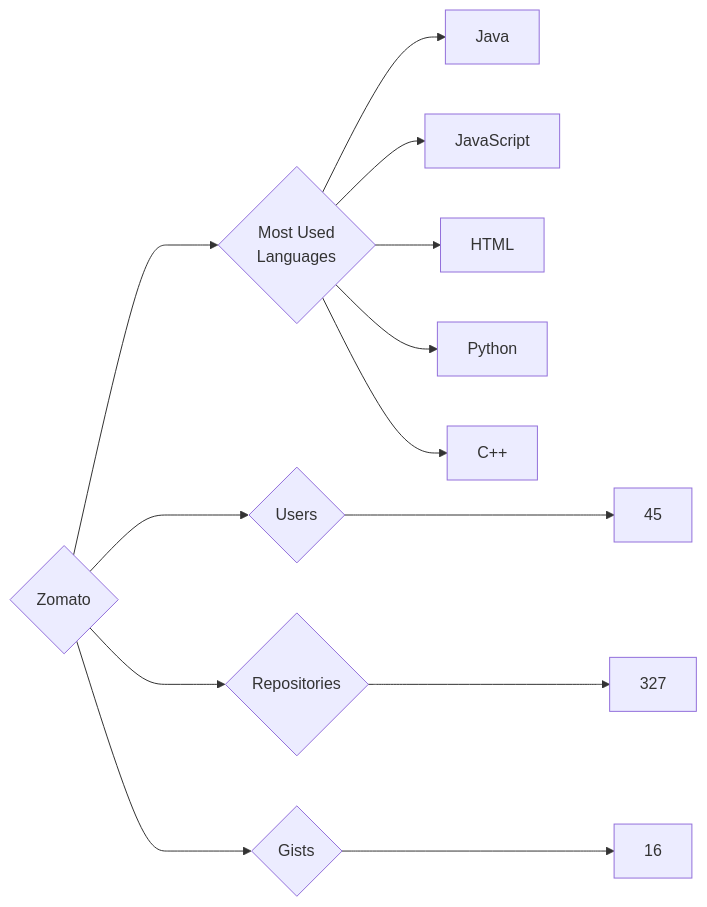
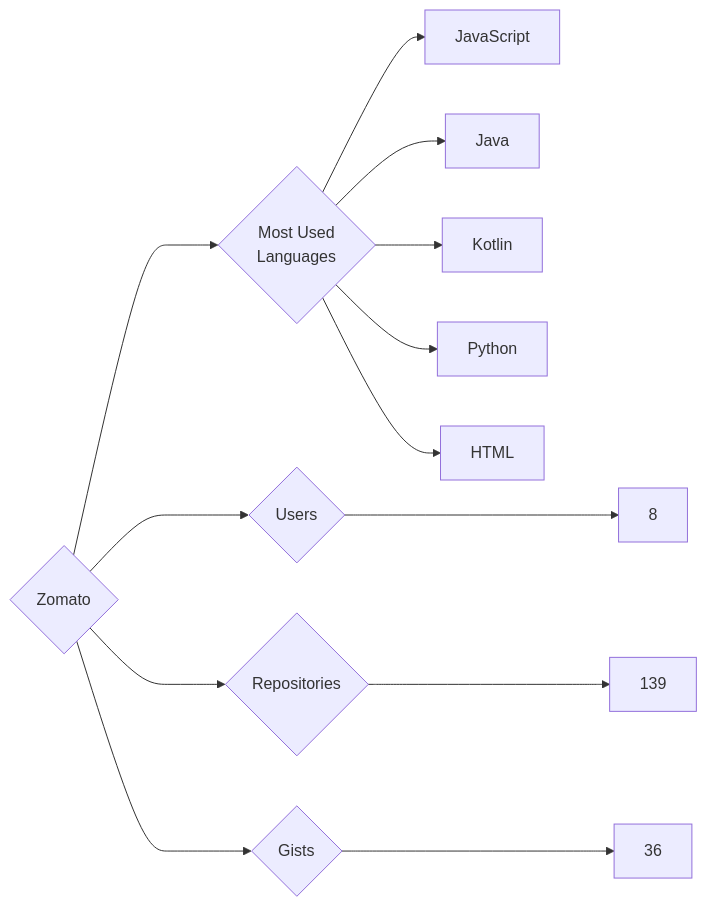
Before and after one commit to trickest/insiders: the diagram in targets/Zomato/README.md, drawn with Mermaid. The commit also changed 871 other files, not shown here.

````diff
--- a/targets/Zomato/README.md
+++ b/targets/Zomato/README.md
@@ -3,13 +3,13 @@
 ```mermaid
 graph LR
 COMPANY_NAME{Zomato}
-COMPANY_NAME ---> U{Users} ---> UN[45]
-COMPANY_NAME ---> R{Repositories} ---> RN[327]
-COMPANY_NAME ---> G{Gists} ---> GN[16]
+COMPANY_NAME ---> U{Users} ---> UN[8]
+COMPANY_NAME ---> R{Repositories} ---> RN[139]
+COMPANY_NAME ---> G{Gists} ---> GN[36]
 COMPANY_NAME ---> ML{Most Used<br>Languages}
+ML --> JavaScript[JavaScript]
 ML --> Java[Java]
-ML --> JavaScript[JavaScript]
+ML --> Kotlin[Kotlin]
+ML --> Python[Python]
 ML --> HTML[HTML]
-ML --> Python[Python]
-ML --> C++[C++]
 ```
````
